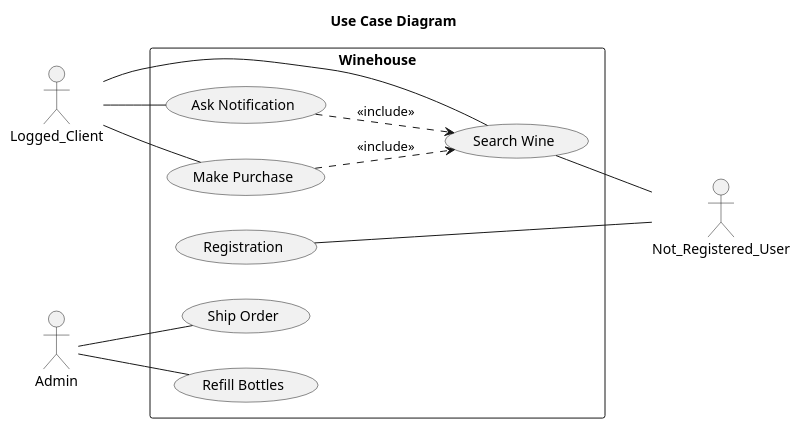
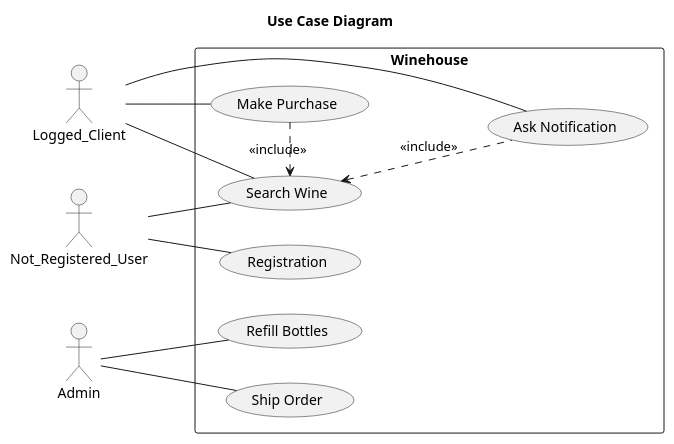
The diagram in Assegnamento2/src/main/uml/UML-UseCaseDiagram.puml (danielepelleg/software_engineering), drawn with PlantUML before and after one commit. The commit also changed 2 other files, not shown here.

Commit message:
Upload UML Diagrams

```diff
--- a/Assegnamento2/src/main/uml/UML-UseCaseDiagram.puml
+++ b/Assegnamento2/src/main/uml/UML-UseCaseDiagram.puml
@@ -1,26 +1,24 @@
 @startuml
 title Use Case Diagram
 
 left to right direction
 
+actor Admin
 actor Logged_Client
 actor Not_Registered_User
-actor Admin
-
 
 rectangle  Winehouse {
+    Logged_Client -- (Make Purchase)
+    Logged_Client -- (Ask Notification)
+    Logged_Client -- (Search Wine)
 
-    Not_Registered_User -right- (Registration)
-    Not_Registered_User -up- (Search Wine)
-
-    Logged_Client -- (Search Wine)
-    Logged_Client -- (Ask Notification)
-    Logged_Client -- (Make Purchase)
+    Not_Registered_User -- (Registration)
+    Not_Registered_User -- (Search Wine)
 
     Admin -- (Refill Bottles)
     Admin -- (Ship Order)
 
-    (Search Wine) <.up. (Ask Notification) : <<include>>
-    (Search Wine) <.up. (Make Purchase) : <<include>>
+    (Search Wine) <.left. (Make Purchase) : <<include>>
+    (Search Wine) <.down. (Ask Notification) : <<include>>
 }
 @enduml
```
